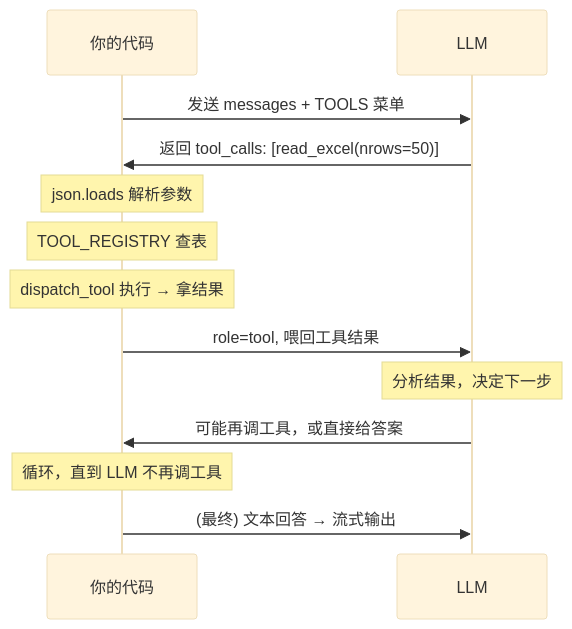
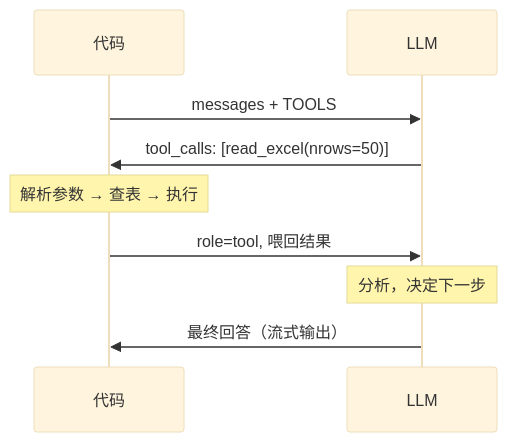
One commit to LijingJim/J-AEIS changed the second of 2 diagrams in README.md. Above: the diagram before and after it, drawn with Mermaid (base theme). The commit also changed other lines of this file, not shown here.

Commit message:
docs: 精简图表文字，缩小Mermaid渲染尺寸

````diff
--- a/README.md
+++ b/README.md
@@ -83,16 +79,12 @@
 ```mermaid
 sequenceDiagram
-    participant Code as 你的代码
-    participant LLM as LLM
+    participant C as 代码
+    participant L as LLM
 
-    Code->>LLM: 发送 messages + TOOLS 菜单
-    LLM->>Code: 返回 tool_calls: [read_excel(nrows=50)]
-    Note over Code: json.loads 解析参数
-    Note over Code: TOOL_REGISTRY 查表
-    Note over Code: dispatch_tool 执行 → 拿结果
-    Code->>LLM: role=tool, 喂回工具结果
-    Note over LLM: 分析结果，决定下一步
-    LLM->>Code: 可能再调工具，或直接给答案
-    Note over Code: 循环，直到 LLM 不再调工具
-    Code->>LLM: (最终) 文本回答 → 流式输出
+    C->>L: messages + TOOLS
+    L->>C: tool_calls: [read_excel(nrows=50)]
+    Note over C: 解析参数 → 查表 → 执行
+    C->>L: role=tool, 喂回结果
+    Note over L: 分析，决定下一步
+    L->>C: 最终回答（流式输出）
 ```
````
